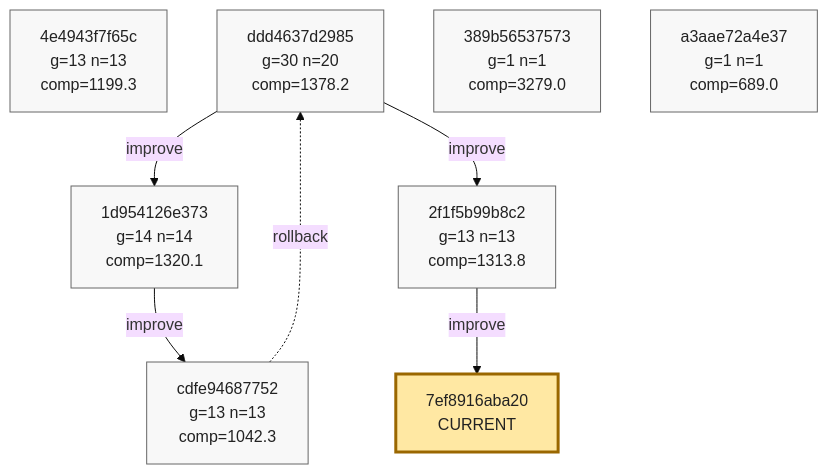
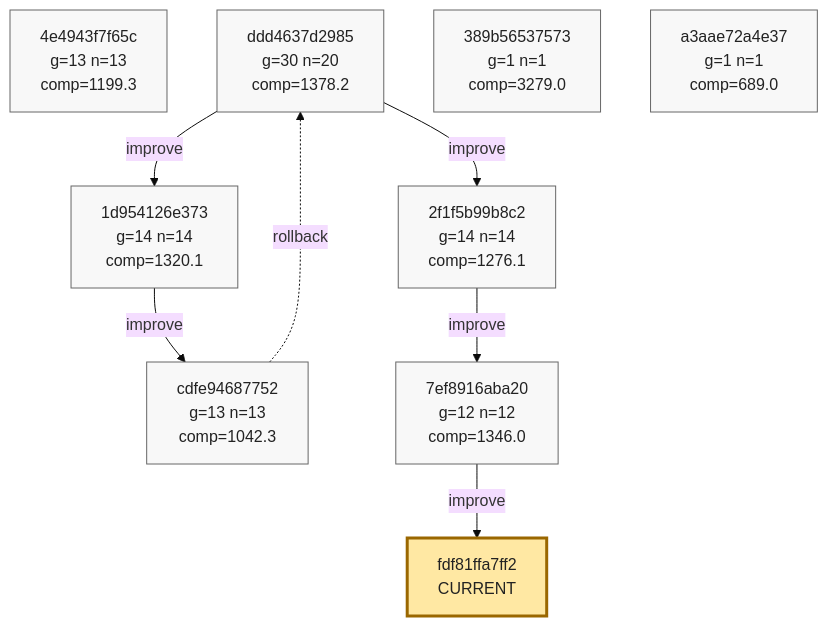
The ninth of 9 diagrams in phyrogenetic-tree.md (azumag/soviet_now), drawn with Mermaid (base theme) before and after one commit. The commit also changed other lines of this file and 2 other files, not shown here.

Commit message:
eloop Improve after 12 games (scores: 1164 1248 2084 1942 1880 1848 1261 949 2023 1560 1228 1089)

````diff
--- a/phyrogenetic-tree.md
+++ b/phyrogenetic-tree.md
@@ -2233,31 +2233,34 @@
 ```mermaid
 flowchart TD
     h_4e4943f7f65c["4e4943f7f65c<br/>g=13 n=13<br/>comp=1199.3"]
     h_ddd4637d2985["ddd4637d2985<br/>g=30 n=20<br/>comp=1378.2"]
     h_1d954126e373["1d954126e373<br/>g=14 n=14<br/>comp=1320.1"]
     h_cdfe94687752["cdfe94687752<br/>g=13 n=13<br/>comp=1042.3"]
-    h_2f1f5b99b8c2["2f1f5b99b8c2<br/>g=13 n=13<br/>comp=1313.8"]
+    h_2f1f5b99b8c2["2f1f5b99b8c2<br/>g=14 n=14<br/>comp=1276.1"]
+    h_7ef8916aba20["7ef8916aba20<br/>g=12 n=12<br/>comp=1346.0"]
     h_389b56537573["389b56537573<br/>g=1 n=1<br/>comp=3279.0"]
     h_a3aae72a4e37["a3aae72a4e37<br/>g=1 n=1<br/>comp=689.0"]
-    h_7ef8916aba20["7ef8916aba20<br/>CURRENT"]
+    h_fdf81ffa7ff2["fdf81ffa7ff2<br/>CURRENT"]
 
     h_ddd4637d2985 -->|improve| h_1d954126e373
     h_1d954126e373 -->|improve| h_cdfe94687752
     h_cdfe94687752 -. rollback .-> h_ddd4637d2985
     h_ddd4637d2985 -->|improve| h_2f1f5b99b8c2
     h_2f1f5b99b8c2 -->|improve| h_7ef8916aba20
+    h_7ef8916aba20 -->|improve| h_fdf81ffa7ff2
 
     classDef plain fill:#f8f8f8,stroke:#666,stroke-width:1px,color:#222;
     classDef current fill:#ffe8a3,stroke:#9a6700,stroke-width:3px,color:#222;
     classDef anchor fill:#d7f5dd,stroke:#1f6f43,stroke-width:3px,color:#222;
     classDef current_anchor fill:#f3e4a8,stroke:#1f6f43,stroke-width:4px,color:#222;
 
     class h_4e4943f7f65c plain;
     class h_ddd4637d2985 plain;
     class h_1d954126e373 plain;
     class h_cdfe94687752 plain;
     class h_2f1f5b99b8c2 plain;
+    class h_7ef8916aba20 plain;
     class h_389b56537573 plain;
     class h_a3aae72a4e37 plain;
-    class h_7ef8916aba20 current;
+    class h_fdf81ffa7ff2 current;
 ```
````
